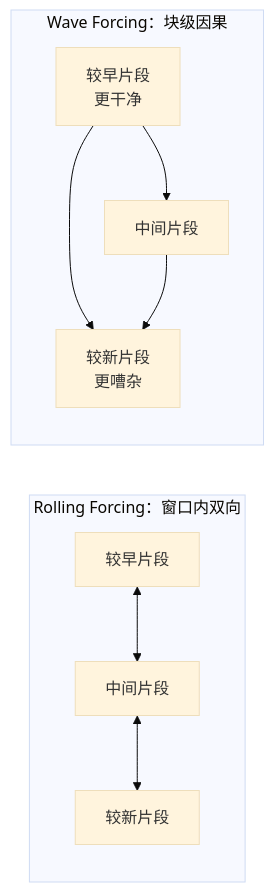
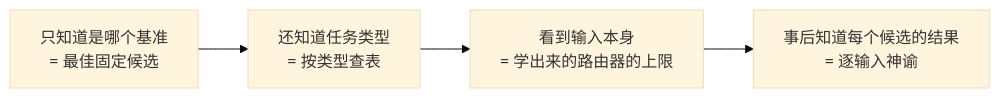
The second of 4 diagrams in docs/index.md (yingwang/paper-reads), drawn with Mermaid (base theme) before and after one commit. The commit also changed other lines of this file and 2 other files, not shown here.

````diff
--- a/docs/index.md
+++ b/docs/index.md
@@ -122,12 +90,6 @@
 ```mermaid
 flowchart LR
-    subgraph R["Rolling Forcing：窗口内双向"]
-        a1["较早片段"] <--> a2["中间片段"]
-        a2 <--> a3["较新片段"]
-    end
-    subgraph W["Wave Forcing：块级因果"]
-        b1["较早片段<br/>更干净"] --> b2["中间片段"]
-        b1 --> b3["较新片段<br/>更嘈杂"]
-        b2 --> b3
-    end
+    F["只知道是哪个基准<br/>= 最佳固定候选"] --> T["还知道任务类型<br/>= 按类型查表"]
+    T --> I["看到输入本身<br/>= 学出来的路由器的上限"]
+    I --> O["事后知道每个候选的结果<br/>= 逐输入神谕"]
 ```
````
